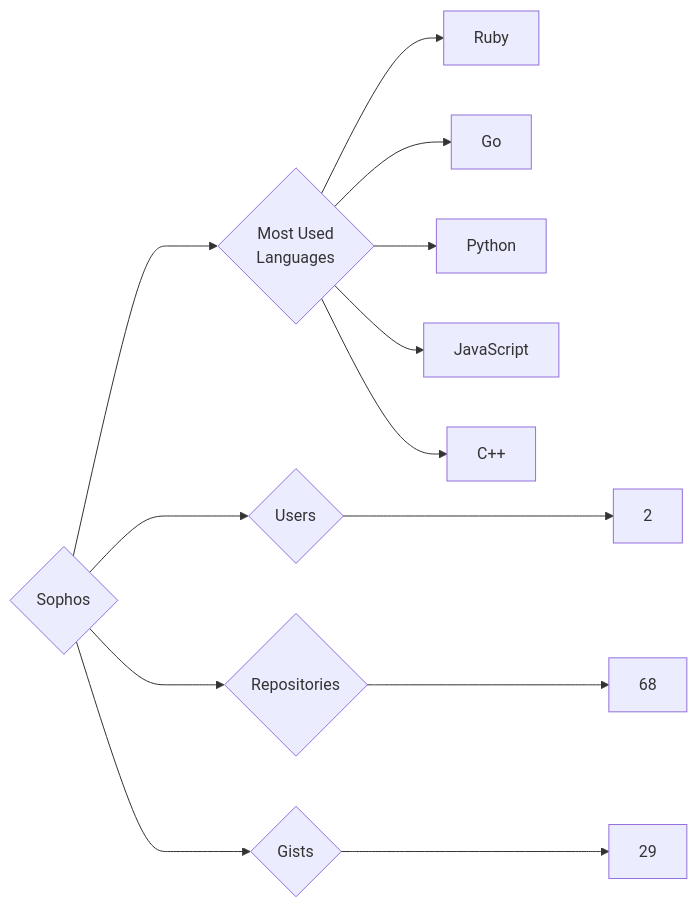
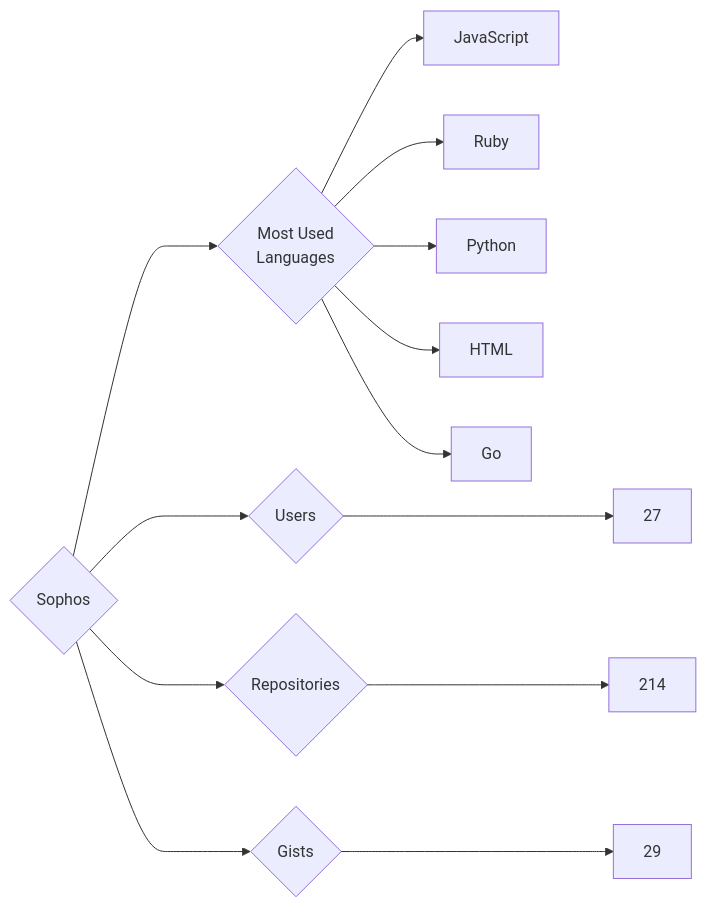
The diagram in targets/Sophos/README.md (trickest/insiders), drawn with Mermaid before and after one commit. The commit also changed 682 other files, not shown here.

````diff
--- a/targets/Sophos/README.md
+++ b/targets/Sophos/README.md
@@ -3,13 +3,13 @@
 ```mermaid
 graph LR
 COMPANY_NAME{Sophos}
-COMPANY_NAME ---> U{Users} ---> UN[2]
-COMPANY_NAME ---> R{Repositories} ---> RN[68]
+COMPANY_NAME ---> U{Users} ---> UN[27]
+COMPANY_NAME ---> R{Repositories} ---> RN[214]
 COMPANY_NAME ---> G{Gists} ---> GN[29]
 COMPANY_NAME ---> ML{Most Used<br>Languages}
+ML --> JavaScript[JavaScript]
 ML --> Ruby[Ruby]
+ML --> Python[Python]
+ML --> HTML[HTML]
 ML --> Go[Go]
-ML --> Python[Python]
-ML --> JavaScript[JavaScript]
-ML --> C++[C++]
 ```
````
